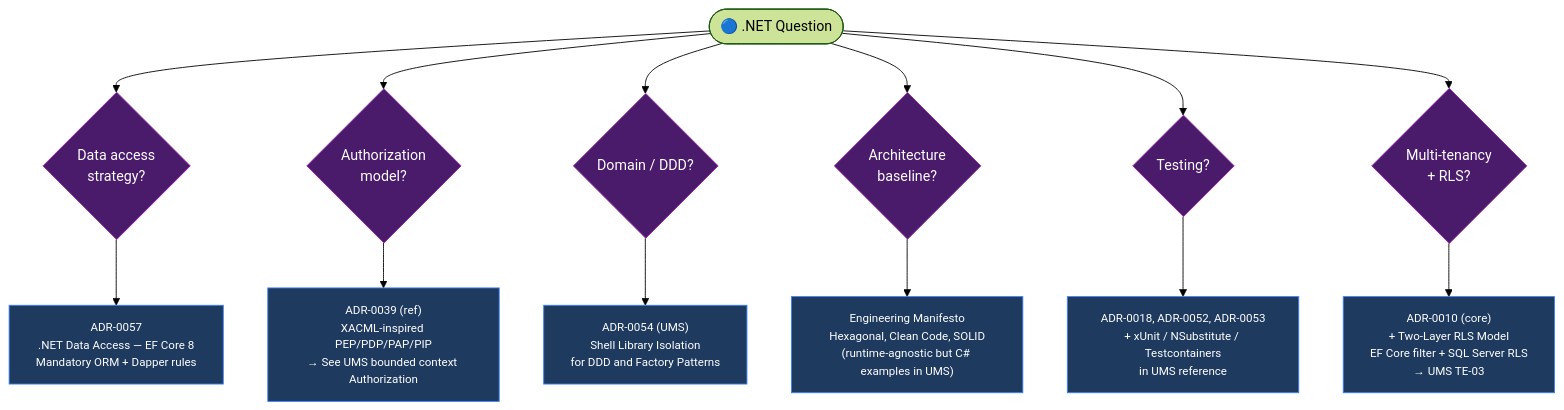
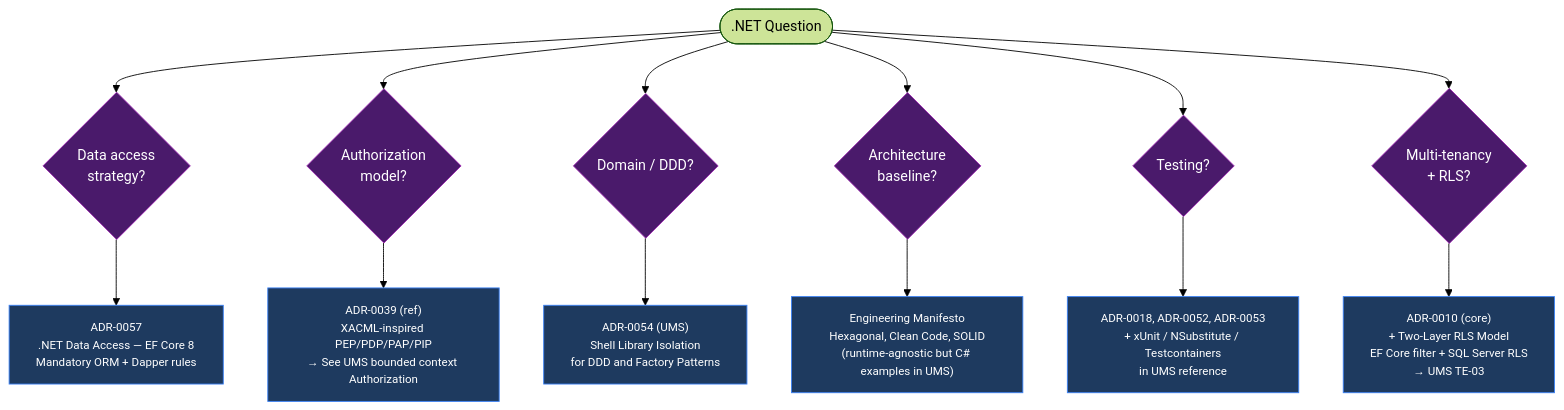
Before and after one commit to beyondnetcode/evolith_arch32: the fourth of 4 diagrams in reference/governance/standards/communication/visuals/v04-adr-decision-tree.md, drawn with Mermaid (forest theme). The commit also changed other lines of this file and 41 other files, not shown here.

````diff
--- a/reference/governance/standards/communication/visuals/v04-adr-decision-tree.md
+++ b/reference/governance/standards/communication/visuals/v04-adr-decision-tree.md
@@ -158,25 +158,25 @@
 ```mermaid
 flowchart TD
     classDef q fill:#4a1a6b,stroke:#9c27b0,color:#fff
     classDef adr fill:#1e3a5f,stroke:#3b82f6,color:#fff,font-size:13px
 
-    DOTNET(["🔵 .NET Question"])
+    DOTNET([" .NET Question"])
 
     DOTNET --> DA{"Data access\nstrategy?"}:::q
     DA --> DA1["ADR-0057\n.NET Data Access — EF Core 8\nMandatory ORM + Dapper rules"]:::adr
 
     DOTNET --> DB{"Authorization\nmodel?"}:::q
     DB --> DB1["ADR-0039 (ref)\nXACML-inspired PEP/PDP/PAP/PIP\n→ See UMS bounded context Authorization"]:::adr
 
     DOTNET --> DC{"Domain / DDD?"}:::q
     DC --> DC1["ADR-0054 (UMS)\nShell Library Isolation\nfor DDD and Factory Patterns"]:::adr
 
     DOTNET --> DD{"Architecture\nbaseline?"}:::q
     DD --> DD1["Engineering Manifesto\nHexagonal, Clean Code, SOLID\n(runtime-agnostic but C# examples in UMS)"]:::adr
 
     DOTNET --> DE{"Testing?"}:::q
     DE --> DE1["ADR-0018, ADR-0052, ADR-0053\n+ xUnit / NSubstitute / Testcontainers\nin UMS reference"]:::adr
 
     DOTNET --> DF{"Multi-tenancy\n+ RLS?"}:::q
     DF --> DF1["ADR-0010 (core)\n+ Two-Layer RLS Model\nEF Core filter + SQL Server RLS\n→ UMS TE-03"]:::adr
 ```
````
